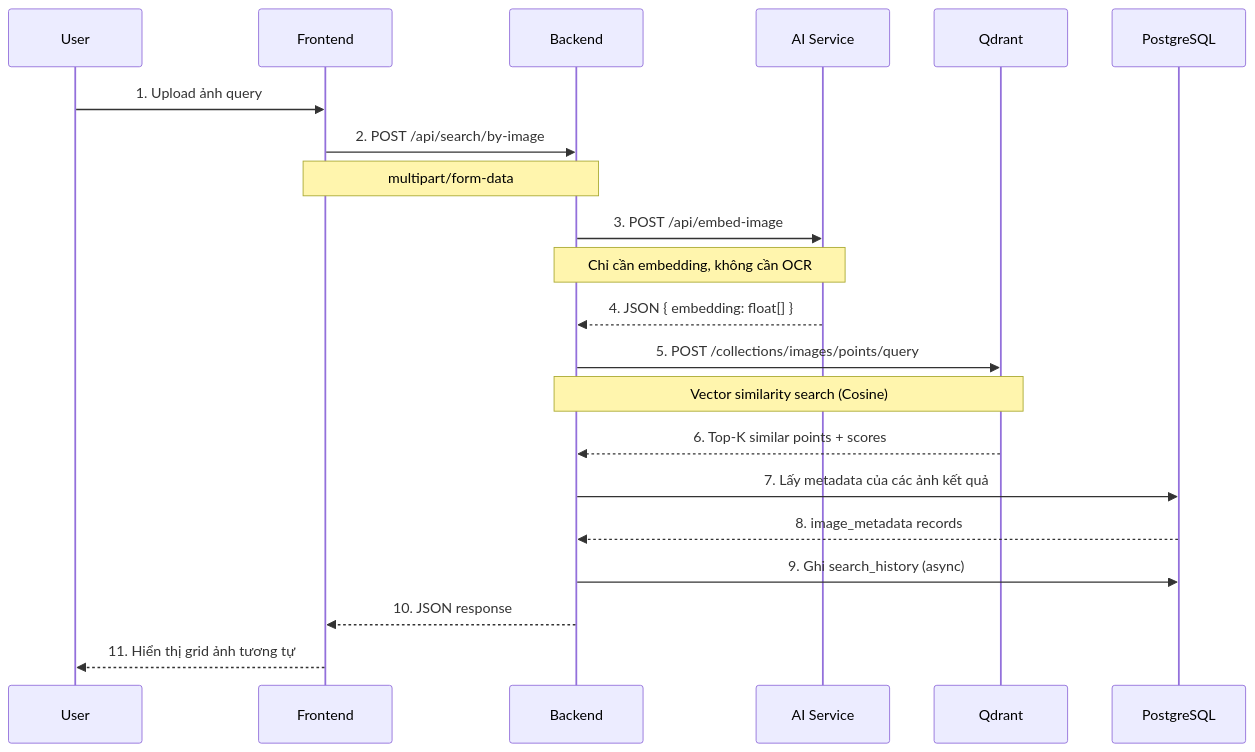
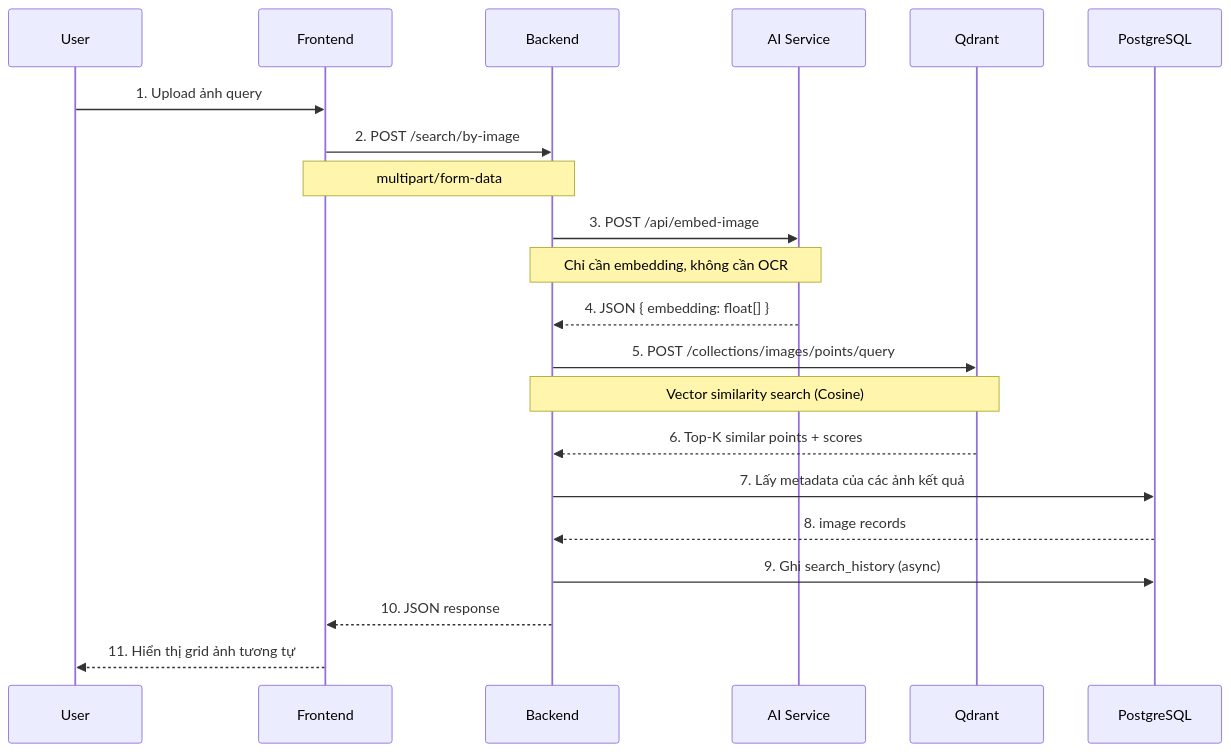
Before and after one commit to doanhacker/Nobisoft-Intern: the second of 5 diagrams in docs/api_flow_documentation.md, drawn with Mermaid. The commit also changed other lines of this file and 8 other files, not shown here.

````diff
--- a/docs/api_flow_documentation.md
+++ b/docs/api_flow_documentation.md
@@ -226,29 +328,29 @@
 ```mermaid
 sequenceDiagram
     participant User
     participant FE as Frontend
     participant BE as Backend
     participant AI as AI Service
     participant QD as Qdrant
     participant PG as PostgreSQL
 
     User->>FE: 1. Upload ảnh query
-    FE->>BE: 2. POST /api/search/by-image
+    FE->>BE: 2. POST /search/by-image
     Note over FE,BE: multipart/form-data
 
     BE->>AI: 3. POST /api/embed-image
     Note over BE,AI: Chỉ cần embedding, không cần OCR
     AI-->>BE: 4. JSON { embedding: float[] }
 
     BE->>QD: 5. POST /collections/images/points/query
     Note over BE,QD: Vector similarity search (Cosine)
     QD-->>BE: 6. Top-K similar points + scores
 
     BE->>PG: 7. Lấy metadata của các ảnh kết quả
-    PG-->>BE: 8. image_metadata records
+    PG-->>BE: 8. image records
 
     BE->>PG: 9. Ghi search_history (async)
 
     BE-->>FE: 10. JSON response
     FE-->>User: 11. Hiển thị grid ảnh tương tự
 ```
````
